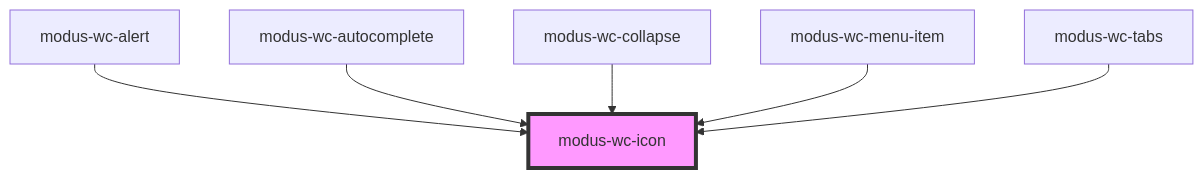
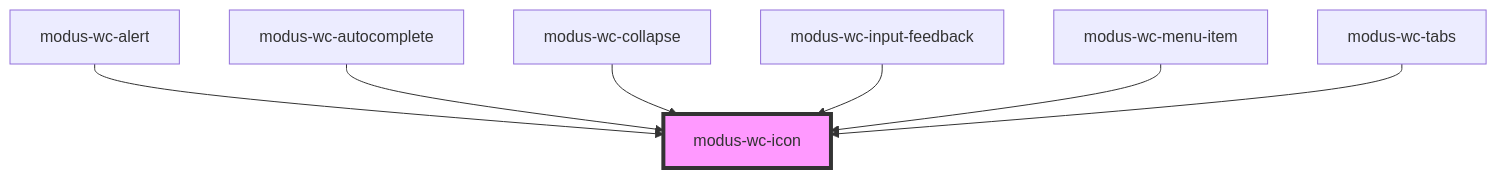
The diagram in src/components/modus-wc-icon/readme.md (trimble-oss/modus-wc-2.0), drawn with Mermaid before and after one commit. The commit also changed other lines of this file and 10 other files, not shown here.

Commit message:
feat: add input feedback component

````diff
--- a/src/components/modus-wc-icon/readme.md
+++ b/src/components/modus-wc-icon/readme.md
@@ -37,9 +38,10 @@
 ```mermaid
 graph TD;
   modus-wc-alert --> modus-wc-icon
   modus-wc-autocomplete --> modus-wc-icon
   modus-wc-collapse --> modus-wc-icon
+  modus-wc-input-feedback --> modus-wc-icon
   modus-wc-menu-item --> modus-wc-icon
   modus-wc-tabs --> modus-wc-icon
   style modus-wc-icon fill:#f9f,stroke:#333,stroke-width:4px
 ```
````
